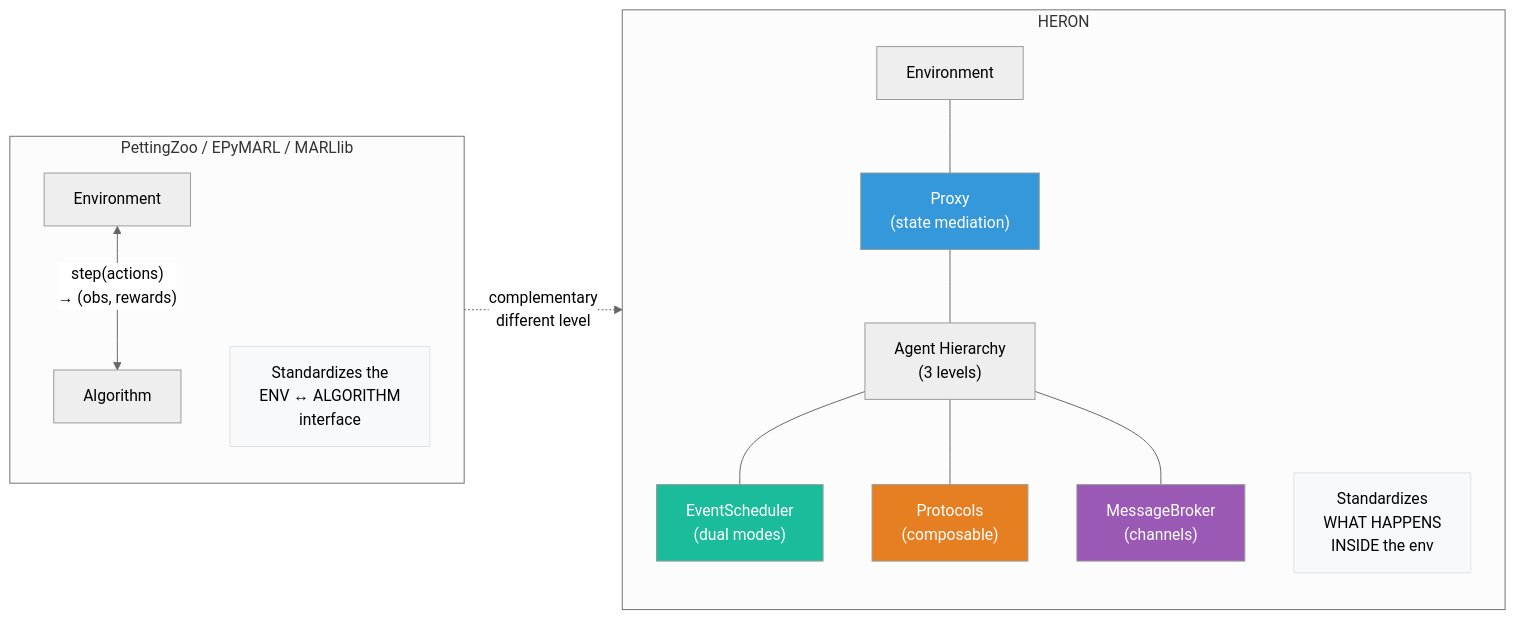
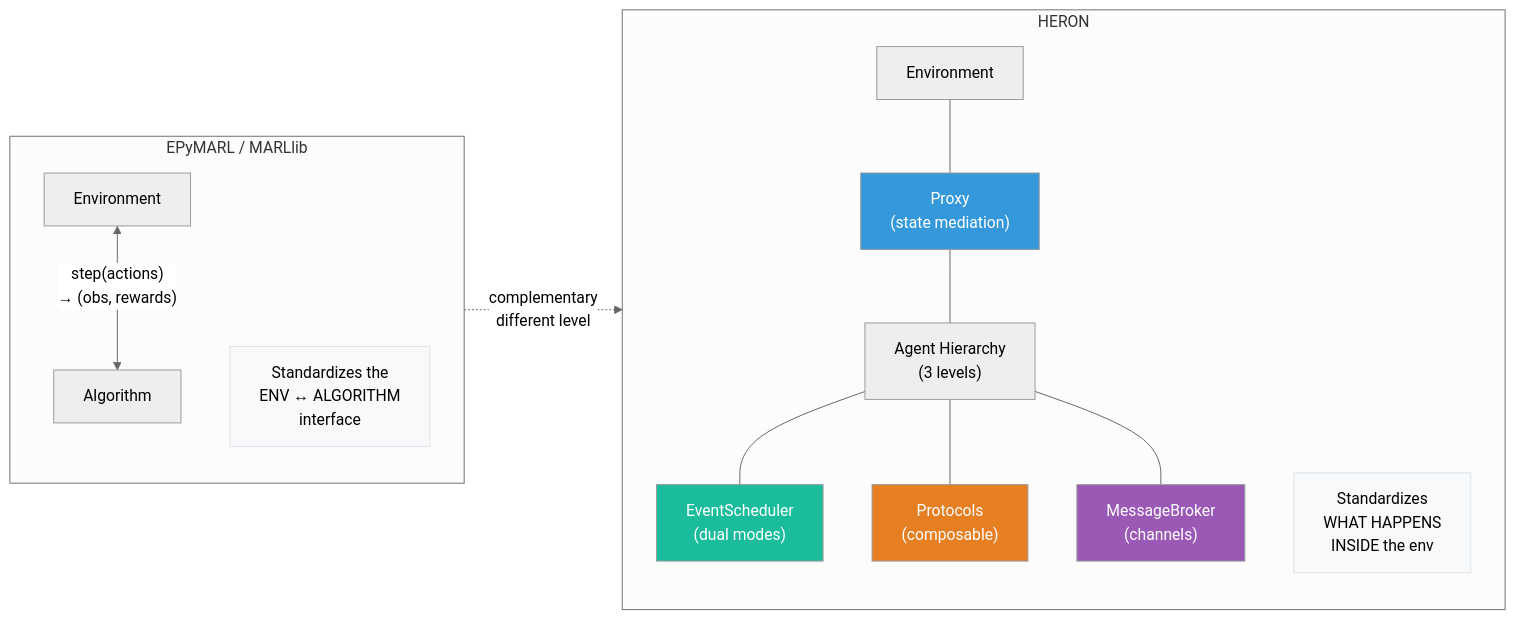
One commit to Criss-Wang/PowerGym changed diagram 12 of 14 in docs/design/HERON_FLOW_DIAGRAMS.md. Above: the diagram before and after it, drawn with Mermaid (neutral theme). The commit also changed other lines of this file and 16 other files, not shown here.

Commit message:
Remove petting zoo - to be added after v1.0 is fully ready

````diff
--- a/docs/design/HERON_FLOW_DIAGRAMS.md
+++ b/docs/design/HERON_FLOW_DIAGRAMS.md
@@ -645,37 +645,37 @@
 ```mermaid
 graph LR
-    subgraph "PettingZoo / EPyMARL / MARLlib"
+    subgraph "EPyMARL / MARLlib"
         direction TB
         ENV1["Environment"]
         ALG1["Algorithm"]
         ENV1 <-->|"step(actions)<br/>→ (obs, rewards)"| ALG1
         NOTE1["Standardizes the<br/>ENV ↔ ALGORITHM<br/>interface"]
     end
 
     subgraph "HERON"
         direction TB
         ENV2["Environment"]
         PROXY["Proxy<br/>(state mediation)"]
         AGENTS["Agent Hierarchy<br/>(3 levels)"]
         SCHED["EventScheduler<br/>(dual modes)"]
         PROTO["Protocols<br/>(composable)"]
         BROKER["MessageBroker<br/>(channels)"]
 
         ENV2 --- PROXY
         PROXY --- AGENTS
         AGENTS --- SCHED
         AGENTS --- PROTO
         AGENTS --- BROKER
 
         NOTE2["Standardizes<br/>WHAT HAPPENS<br/>INSIDE the env"]
     end
 
     ENV1 -.->|"complementary<br/>different level"| ENV2
 
     style NOTE1 fill:#f8f9fa,stroke:#dee2e6
     style NOTE2 fill:#f8f9fa,stroke:#dee2e6
     style PROXY fill:#3498db,color:#fff
     style SCHED fill:#1abc9c,color:#fff
     style PROTO fill:#e67e22,color:#fff
     style BROKER fill:#9b59b6,color:#fff
 ```
````
